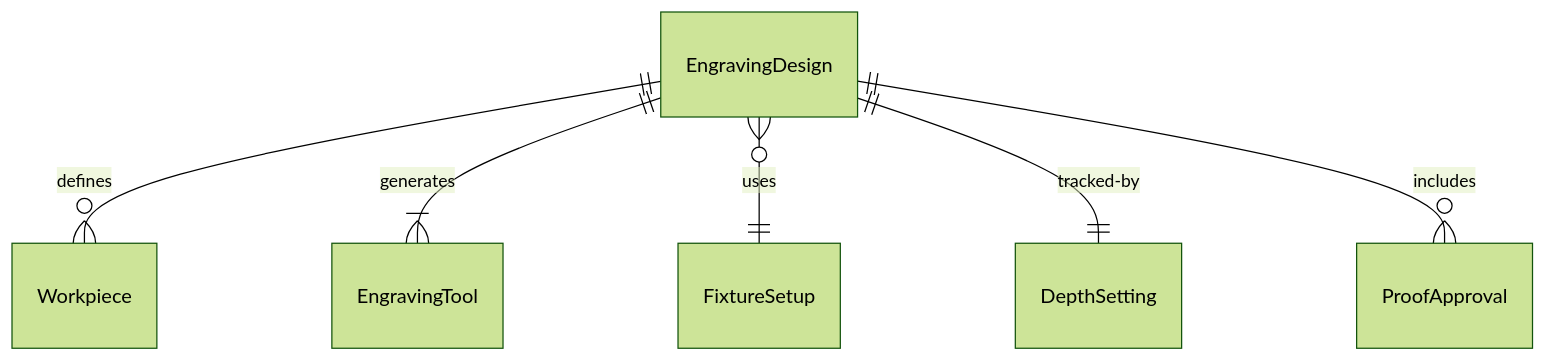
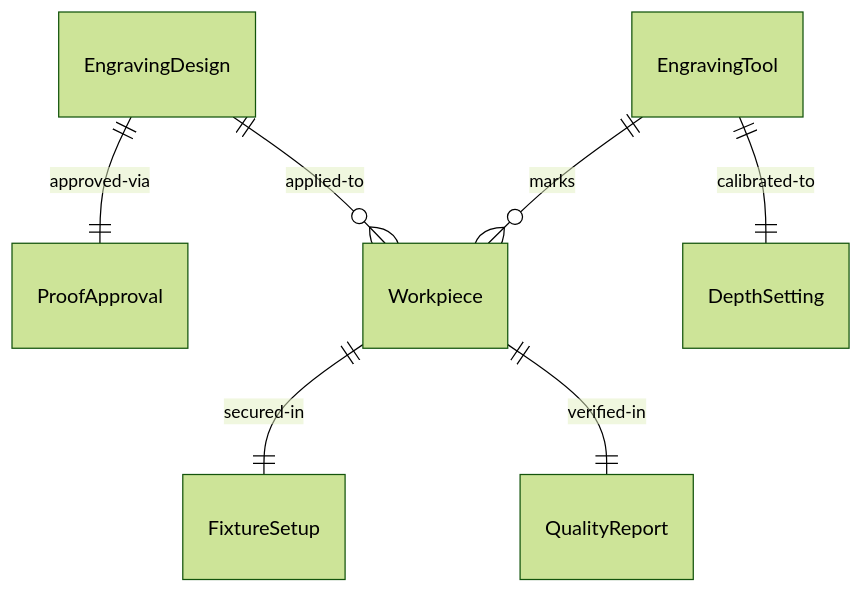
Before and after one commit to dot-org-ai/tasks.org.ai: the first of 4 diagrams in HandlingAndMovingObjects/EngraveObjects/EngraveDesignsTextMarkingsOnto.mdx, drawn with Mermaid (forest theme). The commit also changed other lines of this file and 515 other files, not shown here.

````diff
--- a/HandlingAndMovingObjects/EngraveObjects/EngraveDesignsTextMarkingsOnto.mdx
+++ b/HandlingAndMovingObjects/EngraveObjects/EngraveDesignsTextMarkingsOnto.mdx
@@ -89,8 +89,9 @@
 ```mermaid
 erDiagram
-    EngravingDesign ||--o{ Workpiece : "defines"
-    EngravingDesign ||--|{ EngravingTool : "generates"
-    EngravingDesign }o--|| FixtureSetup : "uses"
-    EngravingDesign ||--|| DepthSetting : "tracked-by"
-    EngravingDesign ||--o{ ProofApproval : "includes"
+    EngravingDesign ||--|| ProofApproval : "approved-via"
+    EngravingDesign ||--o{ Workpiece : "applied-to"
+    Workpiece ||--|| FixtureSetup : "secured-in"
+    EngravingTool ||--|| DepthSetting : "calibrated-to"
+    EngravingTool ||--o{ Workpiece : "marks"
+    Workpiece ||--|| QualityReport : "verified-in"
 ```
````
